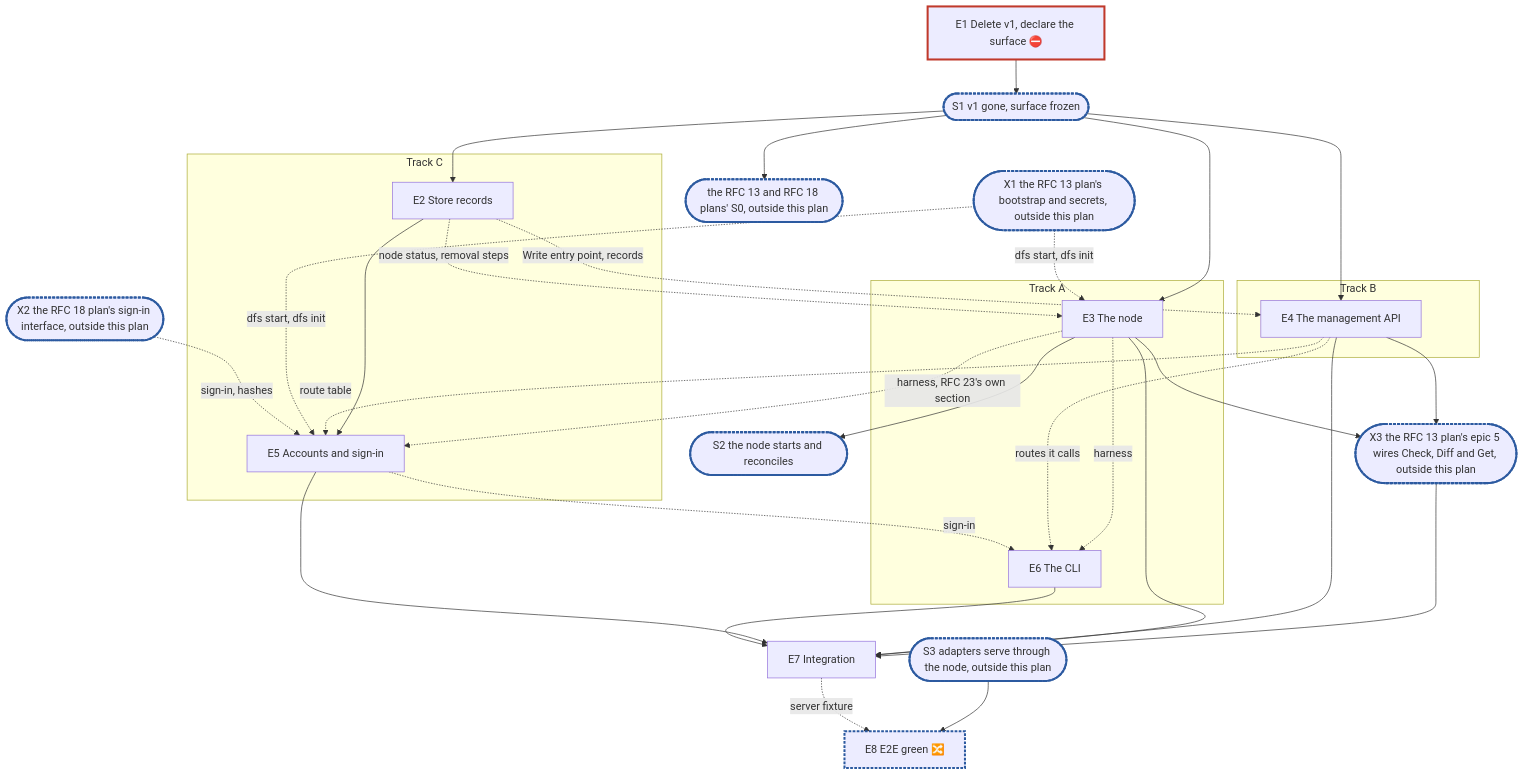
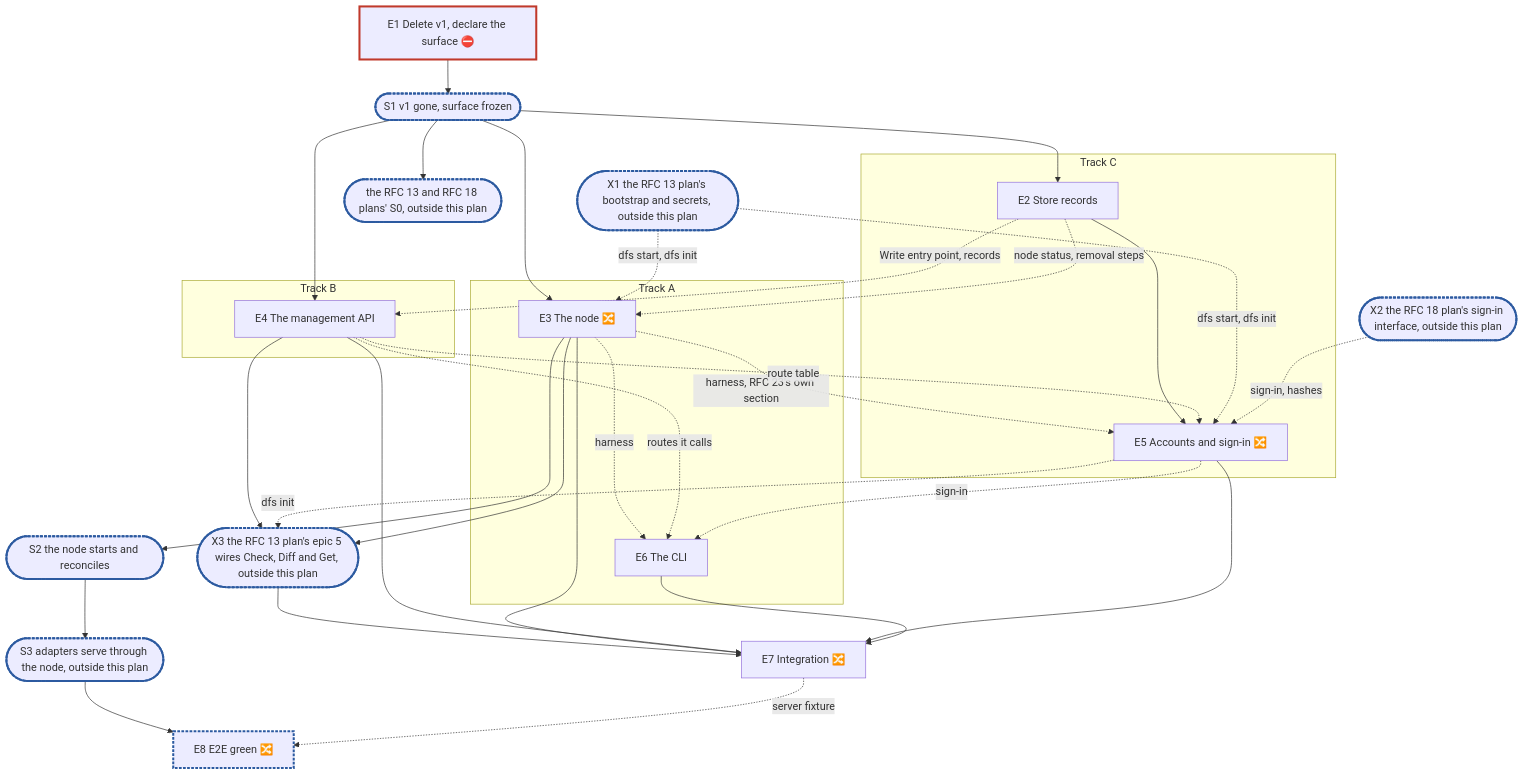
The diagram in docs/internals/planning/rfc-23-control-plane-plan.md (cubbit/dittofs), drawn with Mermaid before and after one commit. The commit also changed other lines of this file and 7 other files, not shown here.

````diff
--- a/docs/internals/planning/rfc-23-control-plane-plan.md
+++ b/docs/internals/planning/rfc-23-control-plane-plan.md
@@ -373,31 +392,33 @@
 ```mermaid
 flowchart TD
   E1["E1 Delete v1, declare the surface ⛔"]:::blocker --> S1(["S1 v1 gone, surface frozen"]):::sync
   subgraph A["Track A"]
-    E3["E3 The node"] -. "harness" .-> E6["E6 The CLI"]
+    E3["E3 The node 🔀"] -. "harness" .-> E6["E6 The CLI"]
   end
   subgraph B["Track B"]
     E4["E4 The management API"]
   end
   subgraph C["Track C"]
-    E2["E2 Store records"] --> E5["E5 Accounts and sign-in"]
+    E2["E2 Store records"] --> E5["E5 Accounts and sign-in 🔀"]
   end
   S1 --> E2 & E3 & E4
   S1 --> P(["the RFC 13 and RFC 18 plans' S0, outside this plan"]):::sync
   E2 -. "Write entry point, records" .-> E4
   E2 -. "node status, removal steps" .-> E3
   E3 --> S2(["S2 the node starts and reconciles"]):::sync
   E4 -. "routes it calls" .-> E6
   E5 -. "sign-in" .-> E6
   E3 -. "harness, RFC 23's own section" .-> E5
   E4 -. "route table" .-> E5
   E3 & E4 --> X3(["X3 the RFC 13 plan's epic 5 wires Check, Diff and Get, outside this plan"]):::sync
+  E5 -. "dfs init" .-> X3
   X3 --> E7
-  E3 & E4 & E5 & E6 --> E7["E7 Integration"]
+  E3 & E4 & E5 & E6 --> E7["E7 Integration 🔀"]
+  S2 --> S3
   X1(["X1 the RFC 13 plan's bootstrap and secrets, outside this plan"]):::sync -. "dfs start, dfs init" .-> E3 & E5
   X2(["X2 the RFC 18 plan's sign-in interface, outside this plan"]):::sync -. "sign-in, hashes" .-> E5
   S3(["S3 adapters serve through the node, outside this plan"]):::sync --> E8["E8 E2E green 🔀"]:::sync
   E7 -. "server fixture" .-> E8
   classDef blocker stroke:#c0392b,stroke-width:3px
   classDef sync stroke:#2c5aa0,stroke-width:3px,stroke-dasharray:4 2
 ```
````
